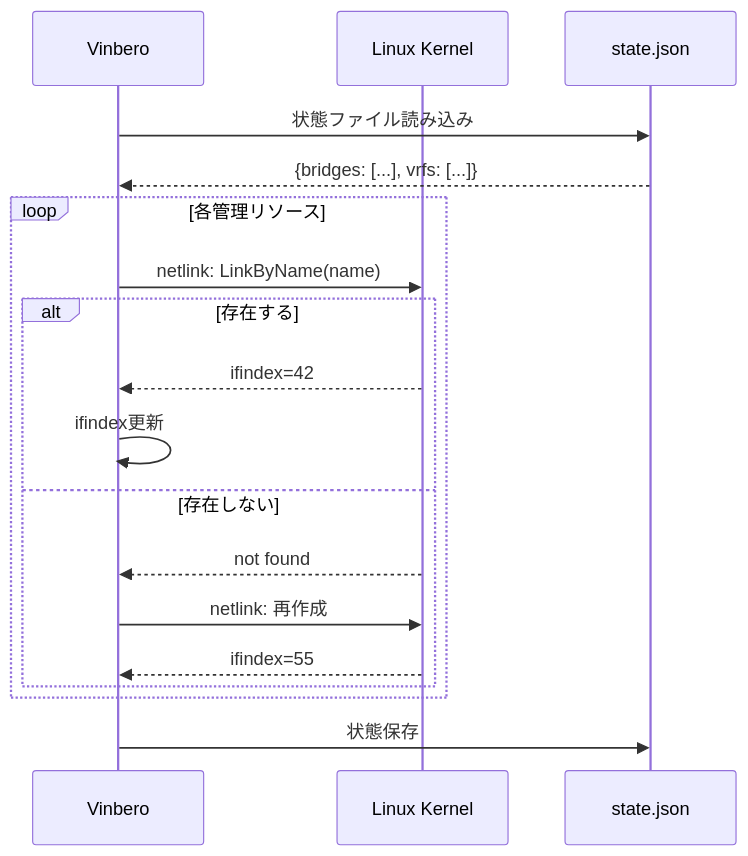
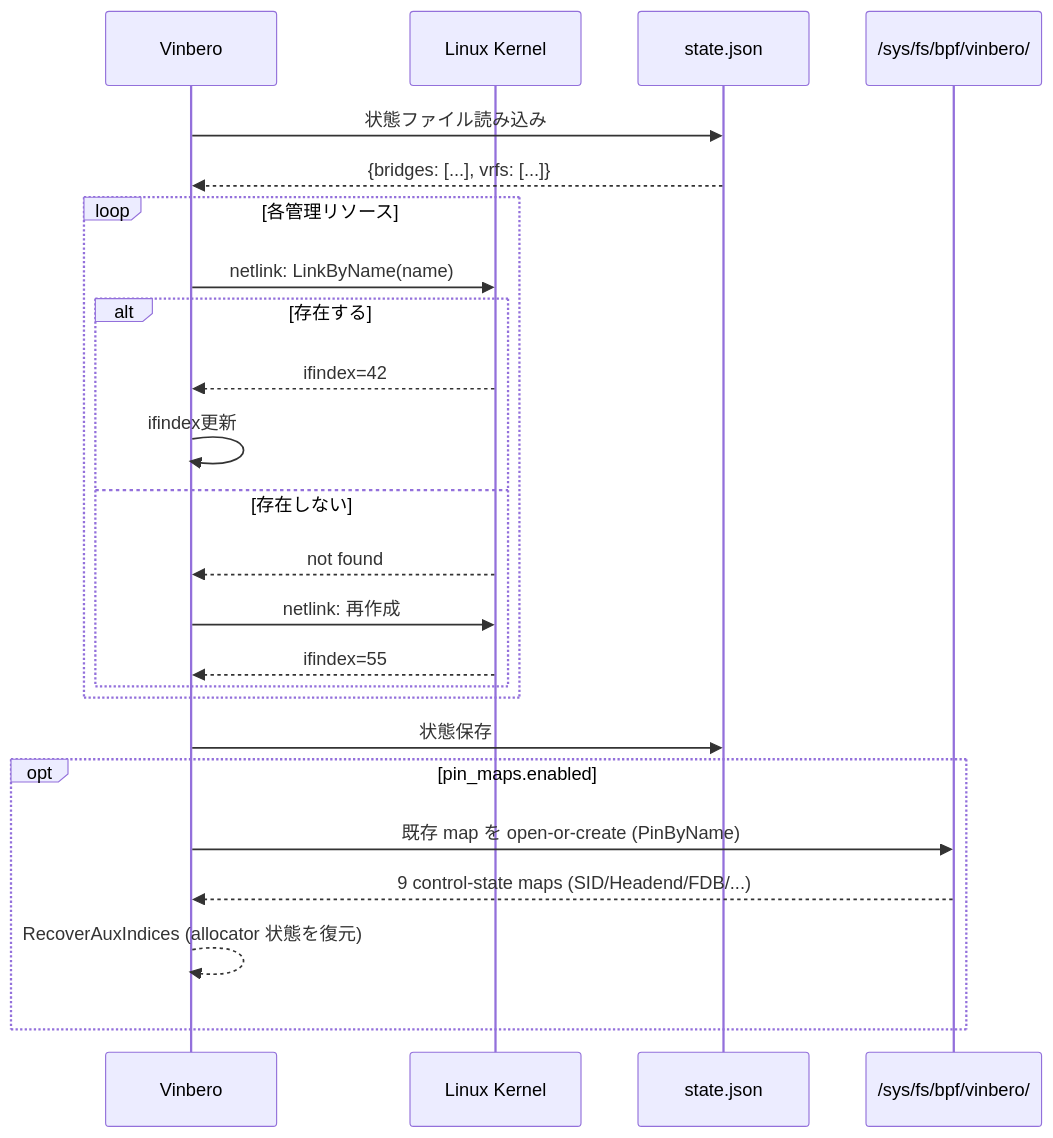
Diagram 19 of 19 in docs/design/ja/api_sequence.md (takehaya/Vinbero), drawn with Mermaid before and after one commit. The commit also changed other lines of this file and 73 other files, not shown here.

````diff
--- a/docs/design/ja/api_sequence.md
+++ b/docs/design/ja/api_sequence.md
@@ -567,23 +614,30 @@
 ```mermaid
 sequenceDiagram
     participant V as Vinbero
     participant K as Linux Kernel
     participant S as state.json
+    participant P as /sys/fs/bpf/vinbero/
 
     V->>S: 状態ファイル読み込み
     S-->>V: {bridges: [...], vrfs: [...]}
 
     loop 各管理リソース
         V->>K: netlink: LinkByName(name)
         alt 存在する
             K-->>V: ifindex=42
             V->>V: ifindex更新
         else 存在しない
             K-->>V: not found
             V->>K: netlink: 再作成
             K-->>V: ifindex=55
         end
     end
 
     V->>S: 状態保存
+
+    opt pin_maps.enabled
+        V->>P: 既存 map を open-or-create (PinByName)
+        P-->>V: 9 control-state maps (SID/Headend/FDB/...)
+        V-->>V: RecoverAuxIndices (allocator 状態を復元)
+    end
 ```
````
